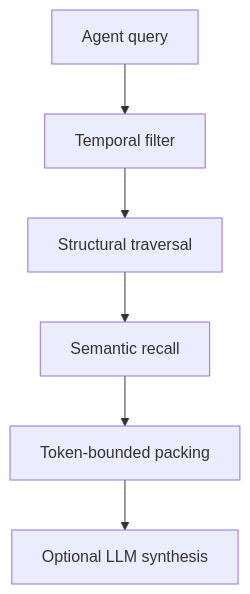
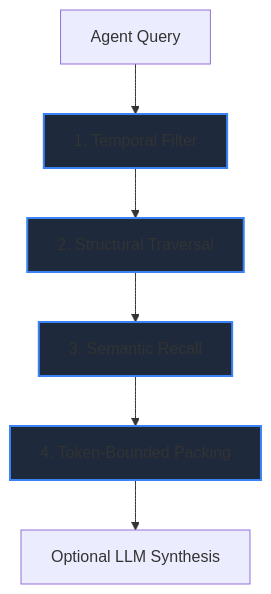
One commit to saahilpal/synapse changed the diagram in docs/retrieval.md. Above: the diagram before and after it, drawn with Mermaid. The commit also changed other lines of this file and 11 other files, not shown here.

````diff
--- a/docs/retrieval.md
+++ b/docs/retrieval.md
@@ -7,8 +7,11 @@
 ```mermaid
 flowchart TD
-    Query["Agent query"] --> Temporal["Temporal filter"]
-    Temporal --> Traversal["Structural traversal"]
-    Traversal --> Recall["Semantic recall"]
-    Recall --> Pack["Token-bounded packing"]
-    Pack --> LLM["Optional LLM synthesis"]
+    Req[Agent Query] --> TFilter[1. Temporal Filter]
+    TFilter --> STraverse[2. Structural Traversal]
+    STraverse --> SRecall[3. Semantic Recall]
+    SRecall --> Pack[4. Token-Bounded Packing]
+    Pack --> LLM[Optional LLM Synthesis]
+    
+    classDef step fill:#1e293b,stroke:#3b82f6,stroke-width:2px;
+    class TFilter,STraverse,SRecall,Pack step;
 ```
````
